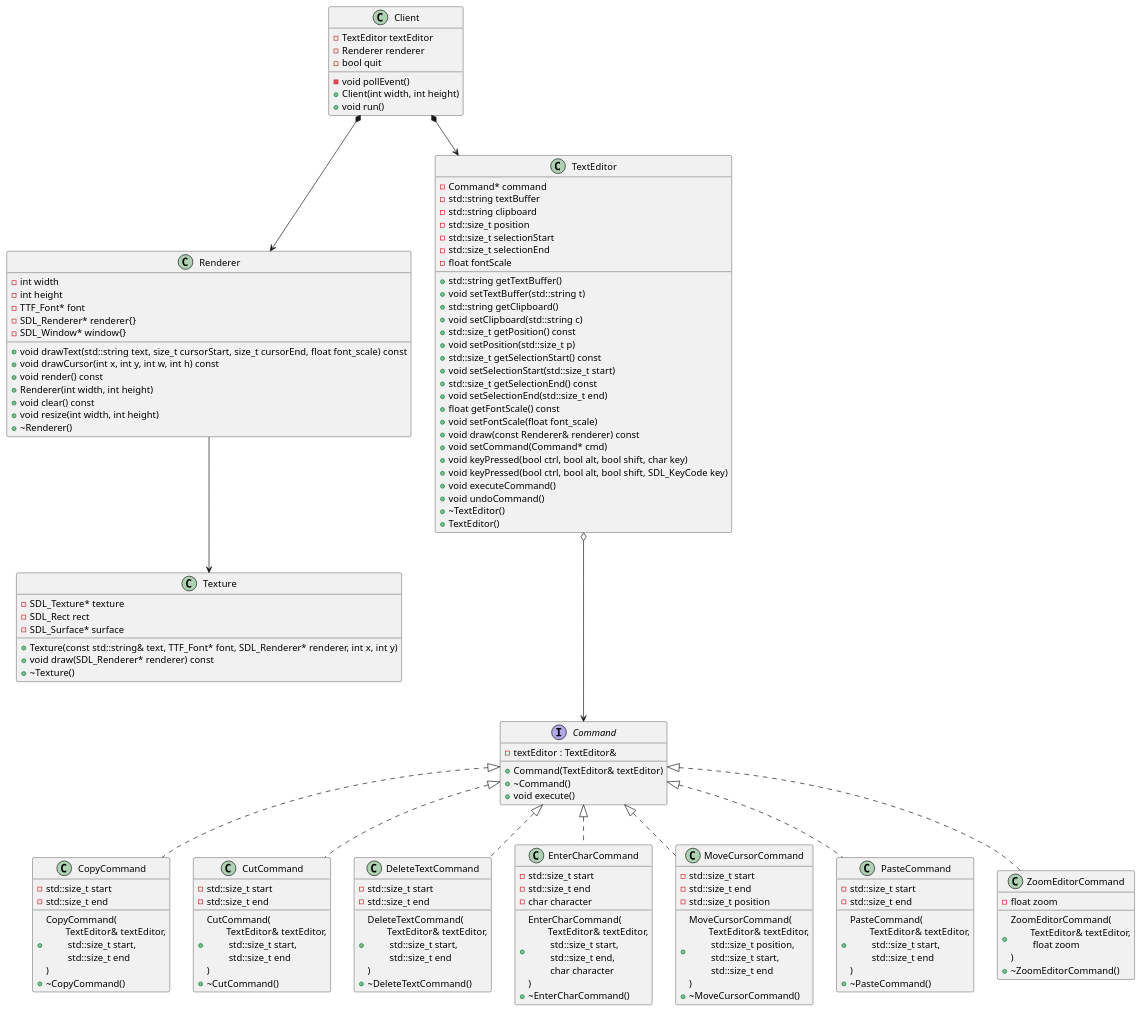
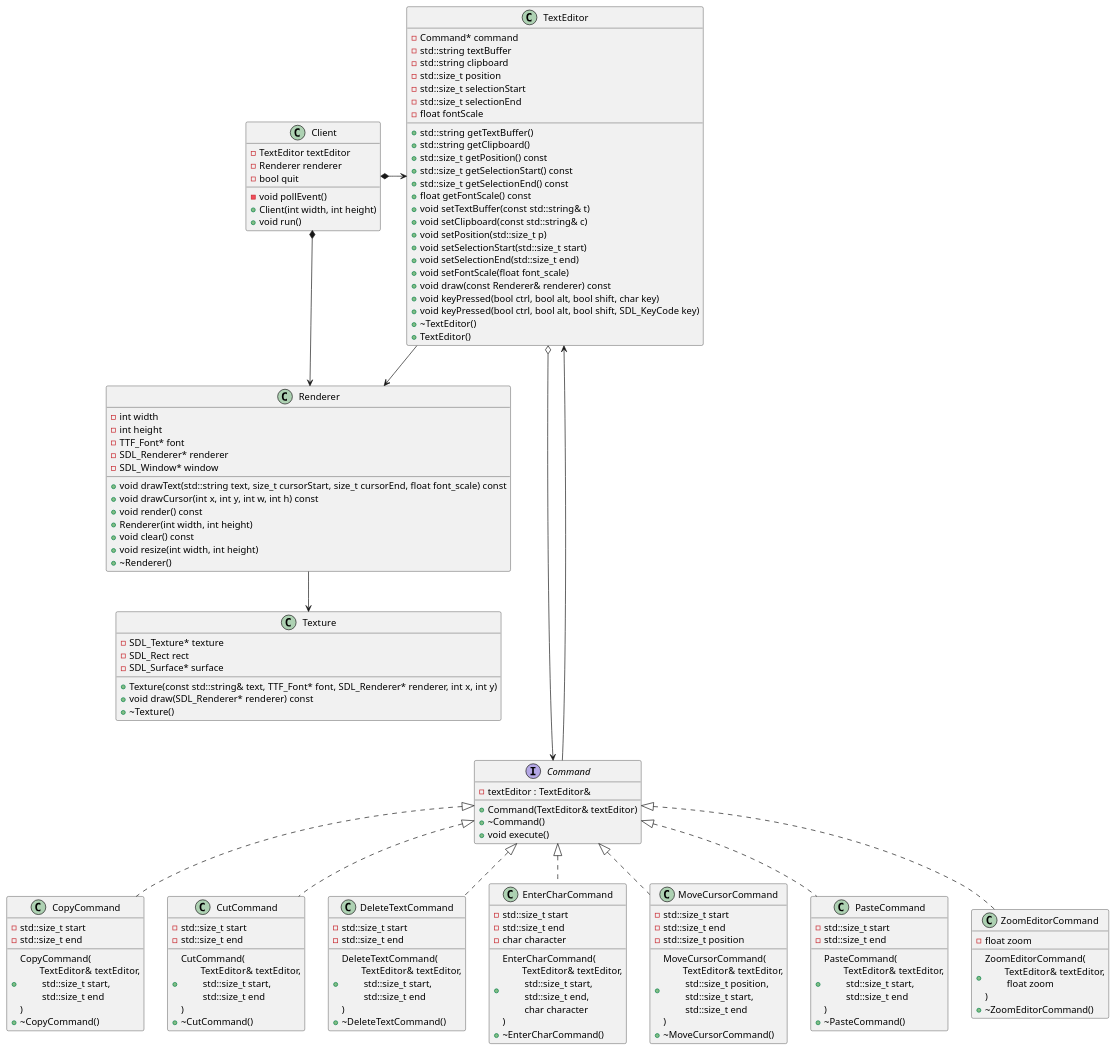
Before and after one commit to AquaBx/text-editor: the diagram in resources/V1/diagramme-classes/diagramme-classes.puml, drawn with PlantUML. The commit also changed 1 other file, not shown here.

```diff
--- a/resources/V1/diagramme-classes/diagramme-classes.puml
+++ b/resources/V1/diagramme-classes/diagramme-classes.puml
@@ -1,134 +1,134 @@
 @startuml diagramme-classes
 interface Command {
     - textEditor : TextEditor&
     + Command(TextEditor& textEditor)
     + ~Command()
     + void execute()
 }
 
 class CopyCommand {
     - std::size_t start
     - std::size_t end
     + CopyCommand(\n\tTextEditor& textEditor,\n\t std::size_t start,\n\t std::size_t end\n)
     + ~CopyCommand()
 }
 
 class CutCommand {
     - std::size_t start
     - std::size_t end
     + CutCommand(\n\tTextEditor& textEditor,\n\t std::size_t start,\n\t std::size_t end\n)
     + ~CutCommand()
 }
 
 class DeleteTextCommand {
     - std::size_t start
     - std::size_t end
     + DeleteTextCommand(\n\tTextEditor& textEditor,\n\t std::size_t start,\n\t std::size_t end\n)
     + ~DeleteTextCommand()
 }
 
 class EnterCharCommand {
     - std::size_t start
     - std::size_t end
     - char character
     + EnterCharCommand(\n\tTextEditor& textEditor,\n\t std::size_t start,\n\t std::size_t end,\n\t char character\n)
     + ~EnterCharCommand()
 }
 
 class MoveCursorCommand {
     - std::size_t start
     - std::size_t end
     - std::size_t position
     + MoveCursorCommand(\n\tTextEditor& textEditor,\n\t std::size_t position,\n\t std::size_t start,\n\t std::size_t end\n)
     + ~MoveCursorCommand()
 }
 
 class PasteCommand {
     - std::size_t start
     - std::size_t end
     + PasteCommand(\n\tTextEditor& textEditor,\n\t std::size_t start,\n\t std::size_t end\n)
     + ~PasteCommand()
 }
 
 class ZoomEditorCommand {
     - float zoom
     + ZoomEditorCommand(\n\tTextEditor& textEditor,\n\t float zoom\n)
     + ~ZoomEditorCommand()
 }
 
 class Client {
    - TextEditor textEditor
    - Renderer renderer
    - bool quit
    - void pollEvent()
    + Client(int width, int height)
    + void run()
 }
 
 class Renderer {
     - int width
     - int height
     - TTF_Font* font
-    - SDL_Renderer* renderer{}
-    - SDL_Window* window{}
+    - SDL_Renderer* renderer
+    - SDL_Window* window
     + void drawText(std::string text, size_t cursorStart, size_t cursorEnd, float font_scale) const
     + void drawCursor(int x, int y, int w, int h) const
     + void render() const
     + Renderer(int width, int height)
     + void clear() const
     + void resize(int width, int height)
     + ~Renderer()
 }
 
 class TextEditor {
     - Command* command
     - std::string textBuffer
     - std::string clipboard
     - std::size_t position
     - std::size_t selectionStart
     - std::size_t selectionEnd
     - float fontScale
     + std::string getTextBuffer()
-    + void setTextBuffer(std::string t)
     + std::string getClipboard()
-    + void setClipboard(std::string c)
     + std::size_t getPosition() const
+    + std::size_t getSelectionStart() const
+    + std::size_t getSelectionEnd() const
+    + float getFontScale() const
+    + void setTextBuffer(const std::string& t)
+    + void setClipboard(const std::string& c)
     + void setPosition(std::size_t p)
-    + std::size_t getSelectionStart() const
     + void setSelectionStart(std::size_t start)
-    + std::size_t getSelectionEnd() const
     + void setSelectionEnd(std::size_t end)
-    + float getFontScale() const
     + void setFontScale(float font_scale)
     + void draw(const Renderer& renderer) const
-    + void setCommand(Command* cmd)
     + void keyPressed(bool ctrl, bool alt, bool shift, char key)
     + void keyPressed(bool ctrl, bool alt, bool shift, SDL_KeyCode key)
-    + void executeCommand()
-    + void undoCommand()
     + ~TextEditor()
     + TextEditor()
 }
 
 class Texture {
     - SDL_Texture* texture
     - SDL_Rect rect
     - SDL_Surface* surface
     + Texture(const std::string& text, TTF_Font* font, SDL_Renderer* renderer, int x, int y)
     + void draw(SDL_Renderer* renderer) const
     + ~Texture()
 }
 
 Command <|.. MoveCursorCommand
 Command <|.. EnterCharCommand
 Command <|.. DeleteTextCommand
 Command <|.. CopyCommand
 Command <|.. PasteCommand
 Command <|.. CutCommand
 Command <|.. ZoomEditorCommand
 
-Client *--> TextEditor
-TextEditor o---> Command
+Client *-> TextEditor
+TextEditor o----> Command
+TextEditor <-- Command
+TextEditor --> Renderer
+
 Renderer --> Texture
-Client *--> Renderer
+Client *-> Renderer
 @enduml
```
